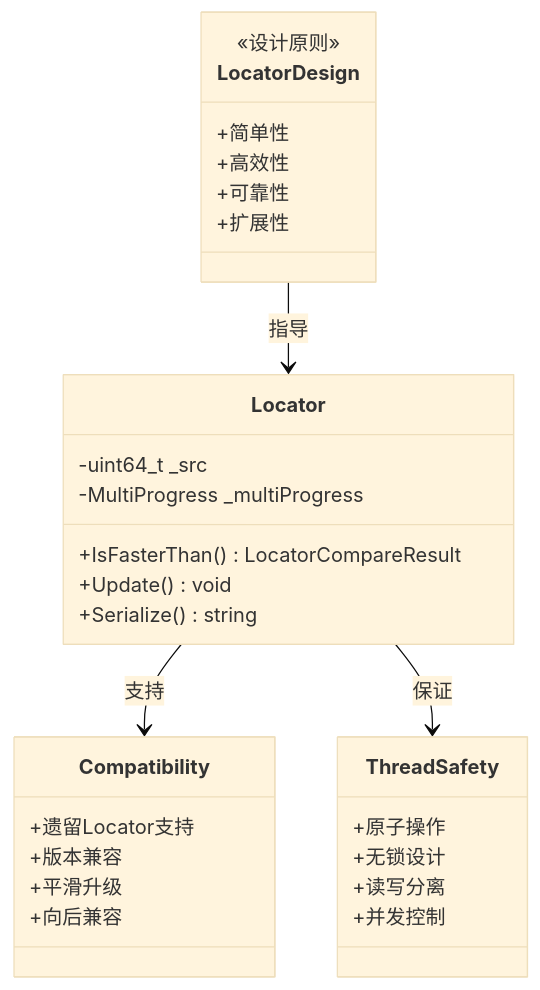
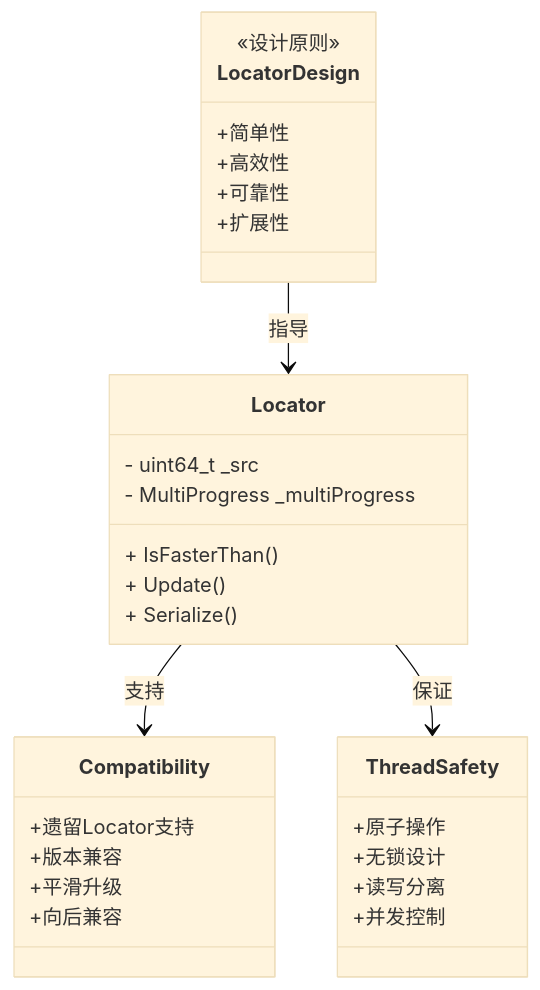
Diagram 17 of 19 in _posts/2025-07-22-indexlib-9-locator-consistency.md (zhouzhilong-commits/zhouzhilong-commits.github.io), drawn with Mermaid (base theme) before and after one commit. The commit also changed other lines of this file and 228 other files, not shown here.

````diff
--- a/_posts/2025-07-22-indexlib-9-locator-consistency.md
+++ b/_posts/2025-07-22-indexlib-9-locator-consistency.md
@@ -1597,36 +1597,36 @@
 ```mermaid
 classDiagram
     class LocatorDesign {
         <<设计原则>>
         +简单性
         +高效性
         +可靠性
         +扩展性
     }
     
     class Locator {
-        -uint64_t _src
-        -MultiProgress _multiProgress
-        +IsFasterThan() LocatorCompareResult
-        +Update() void
-        +Serialize() string
+        - uint64_t _src
+        - MultiProgress _multiProgress
+        + IsFasterThan()
+        + Update()
+        + Serialize()
     }
     
     class Compatibility {
         +遗留Locator支持
         +版本兼容
         +平滑升级
         +向后兼容
     }
     
     class ThreadSafety {
         +原子操作
         +无锁设计
         +读写分离
         +并发控制
     }
     
     LocatorDesign --> Locator : 指导
     Locator --> Compatibility : 支持
     Locator --> ThreadSafety : 保证
 ```
````
